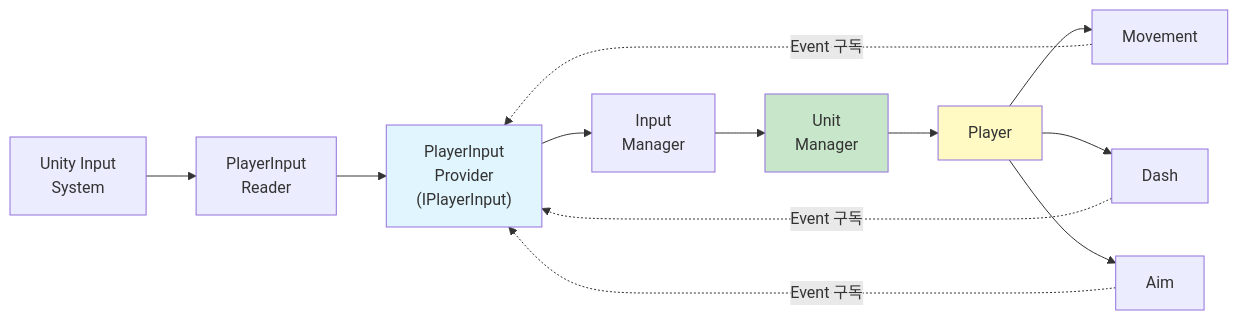
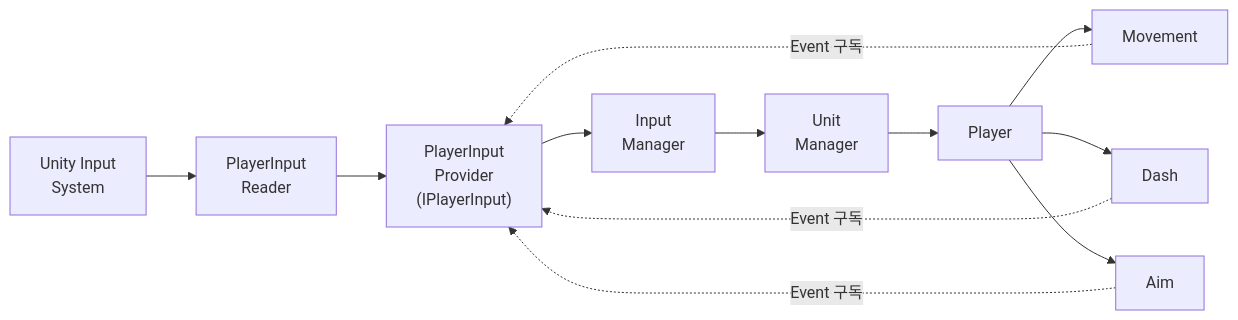
Before and after one commit to Merkatte/2D_Topdown_Shoot_UnityProject: the second of 6 diagrams in README.md, drawn with Mermaid. The commit also changed other lines of this file, not shown here.

````diff
--- a/README.md
+++ b/README.md
@@ -107,20 +107,16 @@
 ```mermaid
 flowchart LR
     Input["Unity Input<br/>System"] --> Reader["PlayerInput<br/>Reader"]
     Reader --> Provider["PlayerInput<br/>Provider<br/>(IPlayerInput)"]
     Provider --> InputMgr["Input<br/>Manager"]
     InputMgr --> UnitMgr["Unit<br/>Manager"]
     UnitMgr --> Player["Player"]
     
     Player --> Movement
     Player --> Dash
     Player --> Aim
     
     Movement -.->|Event 구독| Provider
     Dash -.->|Event 구독| Provider
     Aim -.->|Event 구독| Provider
-    
-    style Provider fill:#e1f5fe
-    style UnitMgr fill:#c8e6c9
-    style Player fill:#fff9c4
 ```
````
